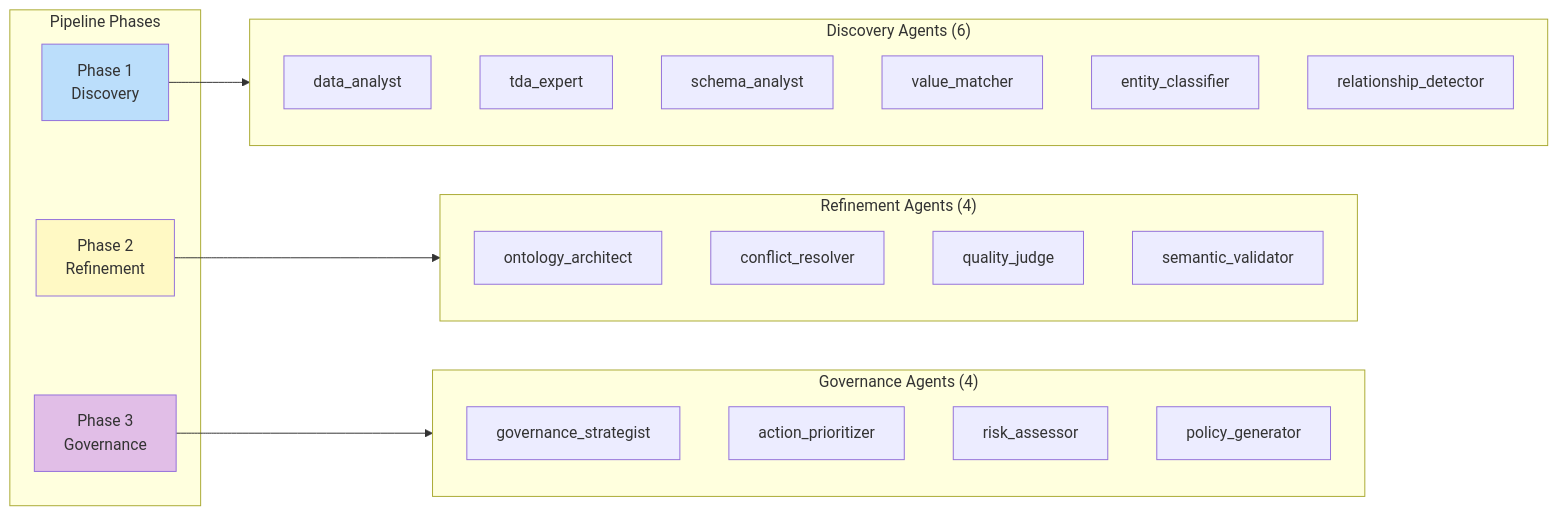
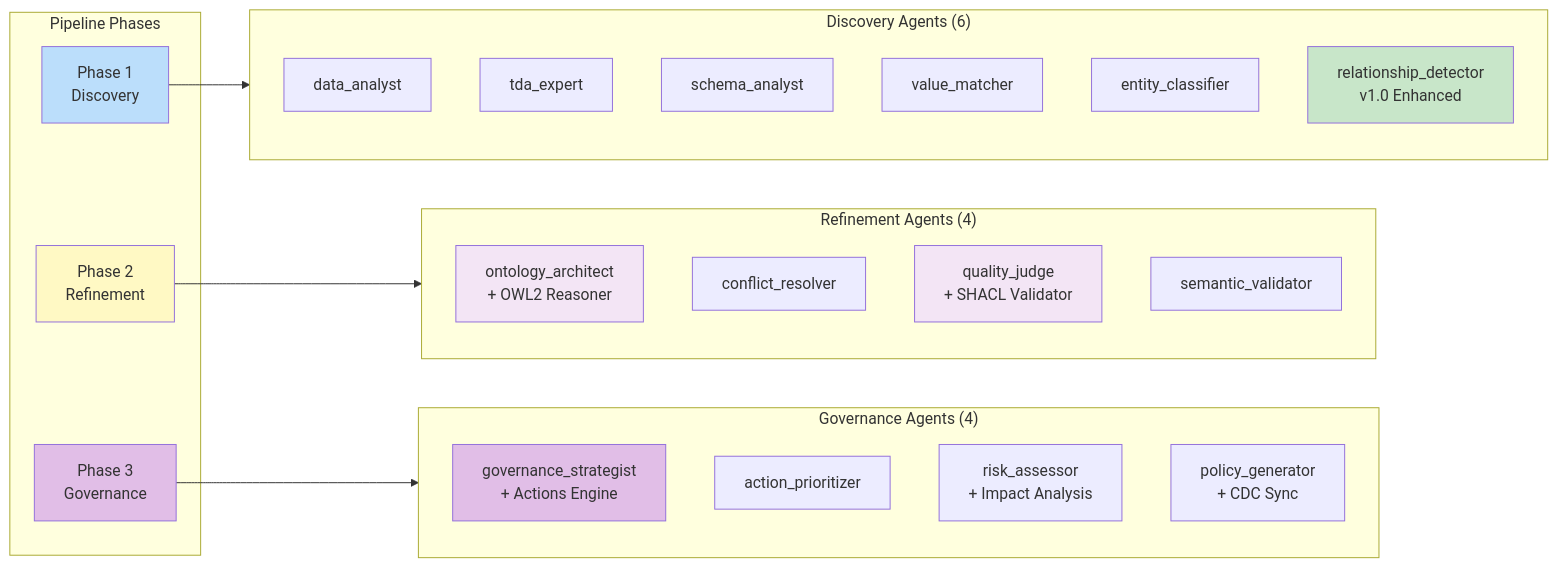
The sixth of 12 diagrams in docs/diagrams/05-agent-orchestration.md (sabill123/ontology), drawn with Mermaid before and after one commit. The commit also changed other lines of this file and 176 other files, not shown here.

````diff
--- a/docs/diagrams/05-agent-orchestration.md
+++ b/docs/diagrams/05-agent-orchestration.md
@@ -229,39 +252,43 @@
 ```mermaid
 graph LR
     subgraph PHASES["Pipeline Phases"]
         P1[Phase 1<br/>Discovery]
         P2[Phase 2<br/>Refinement]
         P3[Phase 3<br/>Governance]
     end
 
     subgraph AGENTS1["Discovery Agents (6)"]
         A1[data_analyst]
         A2[tda_expert]
         A3[schema_analyst]
         A4[value_matcher]
         A5[entity_classifier]
-        A6[relationship_detector]
+        A6[relationship_detector<br/>v1.0 Enhanced]
     end
 
     subgraph AGENTS2["Refinement Agents (4)"]
-        B1[ontology_architect]
+        B1[ontology_architect<br/>+ OWL2 Reasoner]
         B2[conflict_resolver]
-        B3[quality_judge]
+        B3[quality_judge<br/>+ SHACL Validator]
         B4[semantic_validator]
     end
 
     subgraph AGENTS3["Governance Agents (4)"]
-        C1[governance_strategist]
+        C1[governance_strategist<br/>+ Actions Engine]
         C2[action_prioritizer]
-        C3[risk_assessor]
-        C4[policy_generator]
+        C3[risk_assessor<br/>+ Impact Analysis]
+        C4[policy_generator<br/>+ CDC Sync]
     end
 
     P1 --> AGENTS1
     P2 --> AGENTS2
     P3 --> AGENTS3
 
     style P1 fill:#bbdefb
     style P2 fill:#fff9c4
     style P3 fill:#e1bee7
+    style A6 fill:#c8e6c9
+    style B1 fill:#f3e5f5
+    style B3 fill:#f3e5f5
+    style C1 fill:#e1bee7
 ```
````
